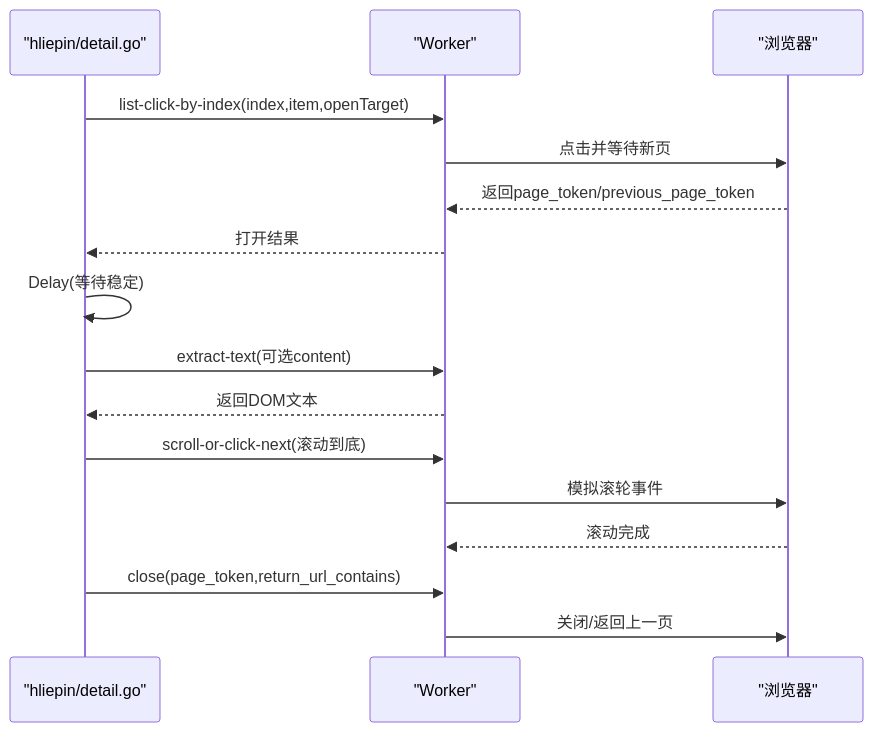
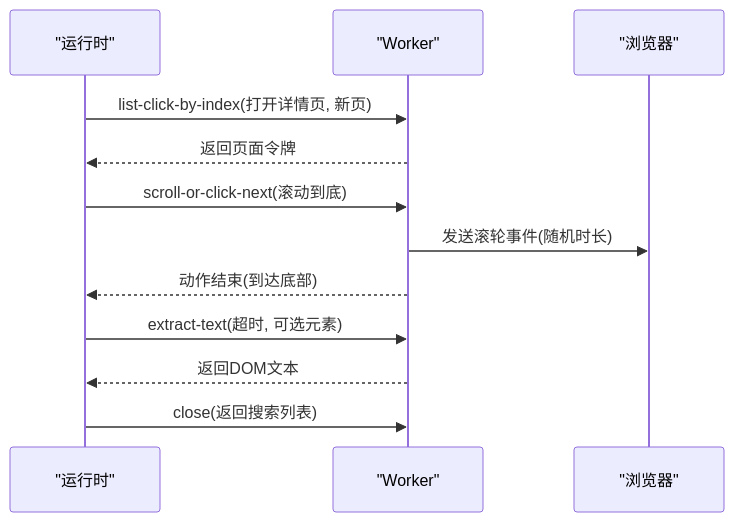
Before and after one commit to alvinwangzi/goodhr: the fourth of 9 diagrams in .qoder/repowiki/zh/content/本地执行器/平台适配器/猎聘适配器/详情页面处理.md, drawn with Mermaid. The commit also changed other lines of this file and 149 other files, not shown here.

````diff
--- a/.qoder/repowiki/zh/content/本地执行器/平台适配器/猎聘适配器/详情页面处理.md
+++ b/.qoder/repowiki/zh/content/本地执行器/平台适配器/猎聘适配器/详情页面处理.md
@@ -183,18 +185,14 @@
 ```mermaid
 sequenceDiagram
-participant H as "hliepin/detail.go"
+participant R as "运行时"
 participant W as "Worker"
 participant B as "浏览器"
-H->>W : list-click-by-index(index,item,openTarget)
-W->>B : 点击并等待新页
-B-->>W : 返回page_token/previous_page_token
-W-->>H : 打开结果
-H->>H : Delay(等待稳定)
-H->>W : extract-text(可选content)
-W-->>H : 返回DOM文本
-H->>W : scroll-or-click-next(滚动到底)
-W->>B : 模拟滚轮事件
-B-->>W : 滚动完成
-H->>W : close(page_token,return_url_contains)
-W->>B : 关闭/返回上一页
+R->>W : list-click-by-index(打开详情页, 新页)
+W-->>R : 返回页面令牌
+R->>W : scroll-or-click-next(滚动到底)
+W->>B : 发送滚轮事件(随机时长)
+W-->>R : 动作结束(到达底部)
+R->>W : extract-text(超时, 可选元素)
+W-->>R : 返回DOM文本
+R->>W : close(返回搜索列表)
 ```
````
